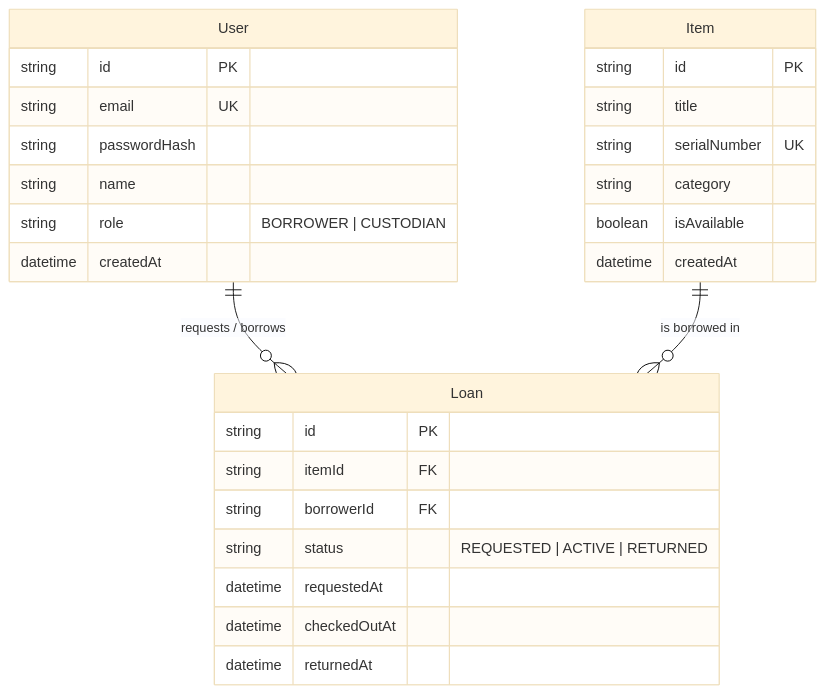
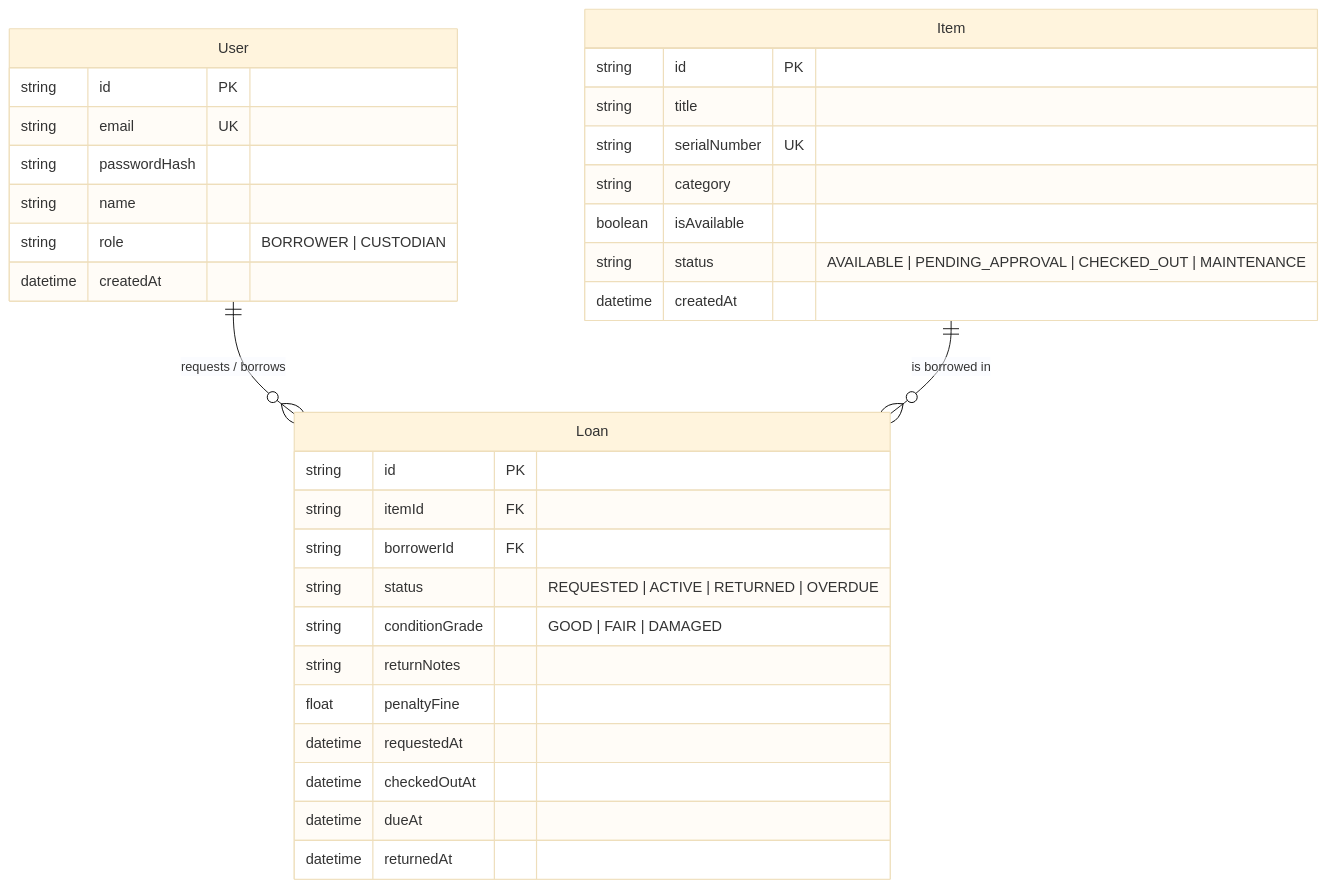
Before and after one commit to LiNkPaWaRuT/inventory-borrowing-system: the second of 2 diagrams in docs/system-sds.md, drawn with Mermaid (base theme). The commit also changed other lines of this file and 3 other files, not shown here.

````diff
--- a/docs/system-sds.md
+++ b/docs/system-sds.md
@@ -46,33 +46,38 @@
 ```mermaid
 erDiagram
     User ||--o{ Loan : "requests / borrows"
     Item ||--o{ Loan : "is borrowed in"
 
     User {
         string id PK
         string email UK
         string passwordHash
         string name
         string role "BORROWER | CUSTODIAN"
         datetime createdAt
     }
 
     Item {
         string id PK
         string title
         string serialNumber UK
         string category
         boolean isAvailable
+        string status "AVAILABLE | PENDING_APPROVAL | CHECKED_OUT | MAINTENANCE"
         datetime createdAt
     }
 
     Loan {
         string id PK
         string itemId FK
         string borrowerId FK
-        string status "REQUESTED | ACTIVE | RETURNED"
+        string status "REQUESTED | ACTIVE | RETURNED | OVERDUE"
+        string conditionGrade "GOOD | FAIR | DAMAGED"
+        string returnNotes
+        float penaltyFine
         datetime requestedAt
         datetime checkedOutAt
+        datetime dueAt
         datetime returnedAt
     }
 ```
````
